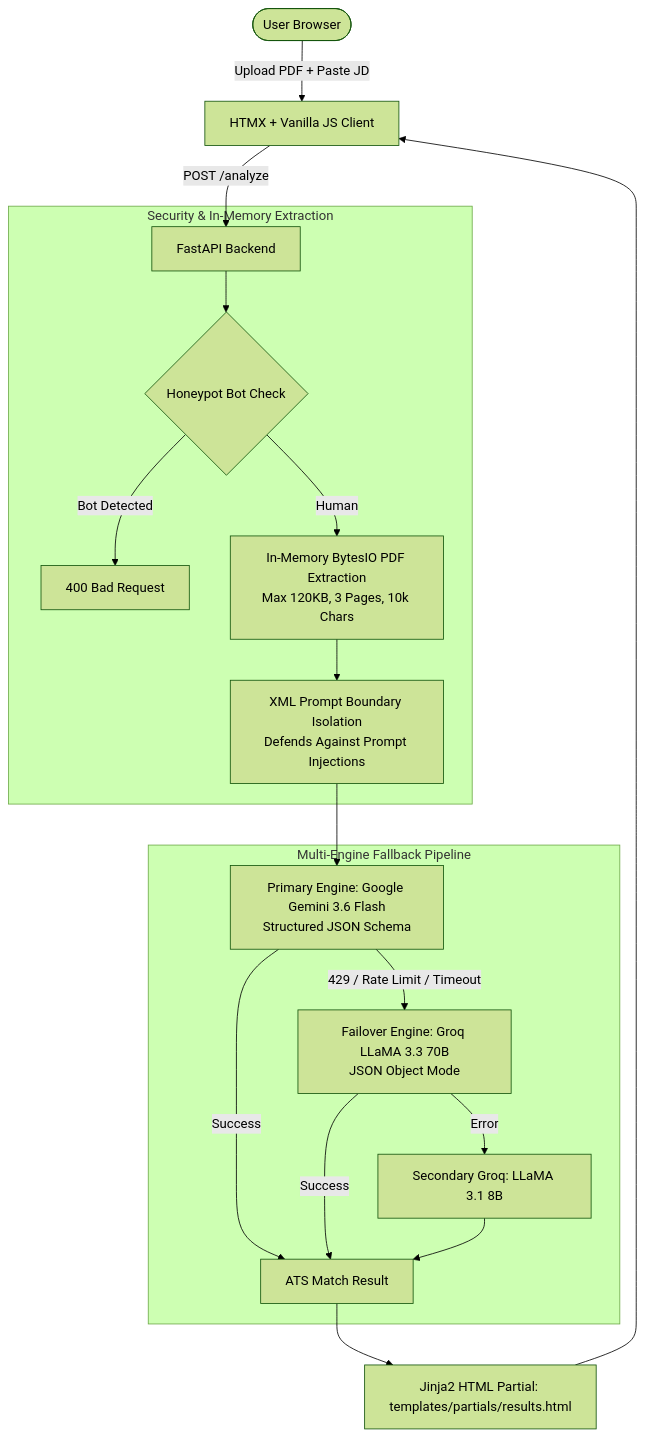
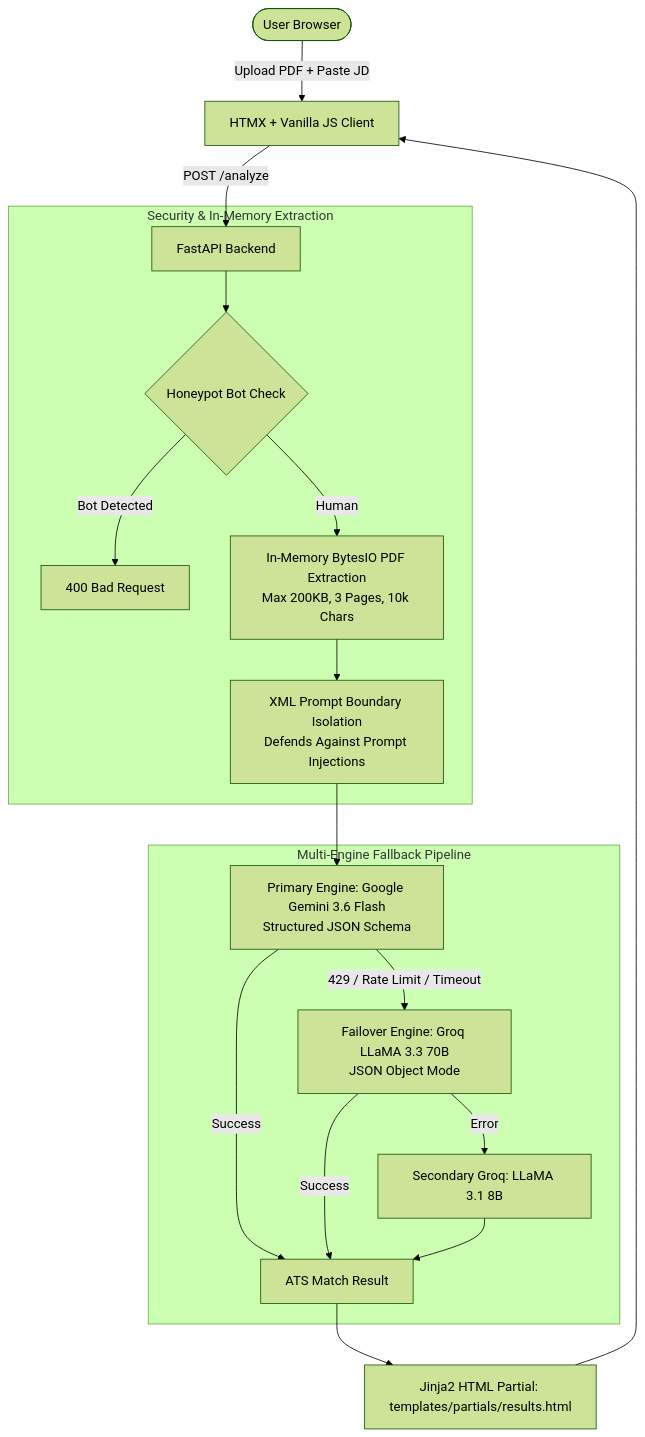
One commit to gabrielcjr/atsproof changed the diagram in README.md. Above: the diagram before and after it, drawn with Mermaid (forest theme). The commit also changed other lines of this file and 1 other file, not shown here.

Commit message:
docs: update system boundaries and architecture docs for 200KB limit

````diff
--- a/README.md
+++ b/README.md
@@ -17,24 +17,24 @@
 ```mermaid
 flowchart TD
     User([User Browser]) -->|Upload PDF + Paste JD| Front[HTMX + Vanilla JS Client]
     Front -->|POST /analyze| Fast[FastAPI Backend]
     
     subgraph Security & In-Memory Extraction
         Fast --> Trap{Honeypot Bot Check}
         Trap -->|Bot Detected| Err400[400 Bad Request]
-        Trap -->|Human| Memory[In-Memory BytesIO PDF Extraction\nMax 120KB, 3 Pages, 10k Chars]
+        Trap -->|Human| Memory[In-Memory BytesIO PDF Extraction\nMax 200KB, 3 Pages, 10k Chars]
         Memory --> Prompt[XML Prompt Boundary Isolation\nDefends Against Prompt Injections]
     end
     
     subgraph Multi-Engine Fallback Pipeline
         Prompt --> Primary[Primary Engine: Google Gemini 3.6 Flash\nStructured JSON Schema]
         Primary -->|Success| Out[ATS Match Result]
         Primary -->|429 / Rate Limit / Timeout| Fallback[Failover Engine: Groq LLaMA 3.3 70B\nJSON Object Mode]
         Fallback -->|Success| Out
         Fallback -->|Error| Fallback2[Secondary Groq: LLaMA 3.1 8B]
         Fallback2 --> Out
     end
     
     Out --> Render[Jinja2 HTML Partial: templates/partials/results.html]
     Render --> Front
 ```
````
